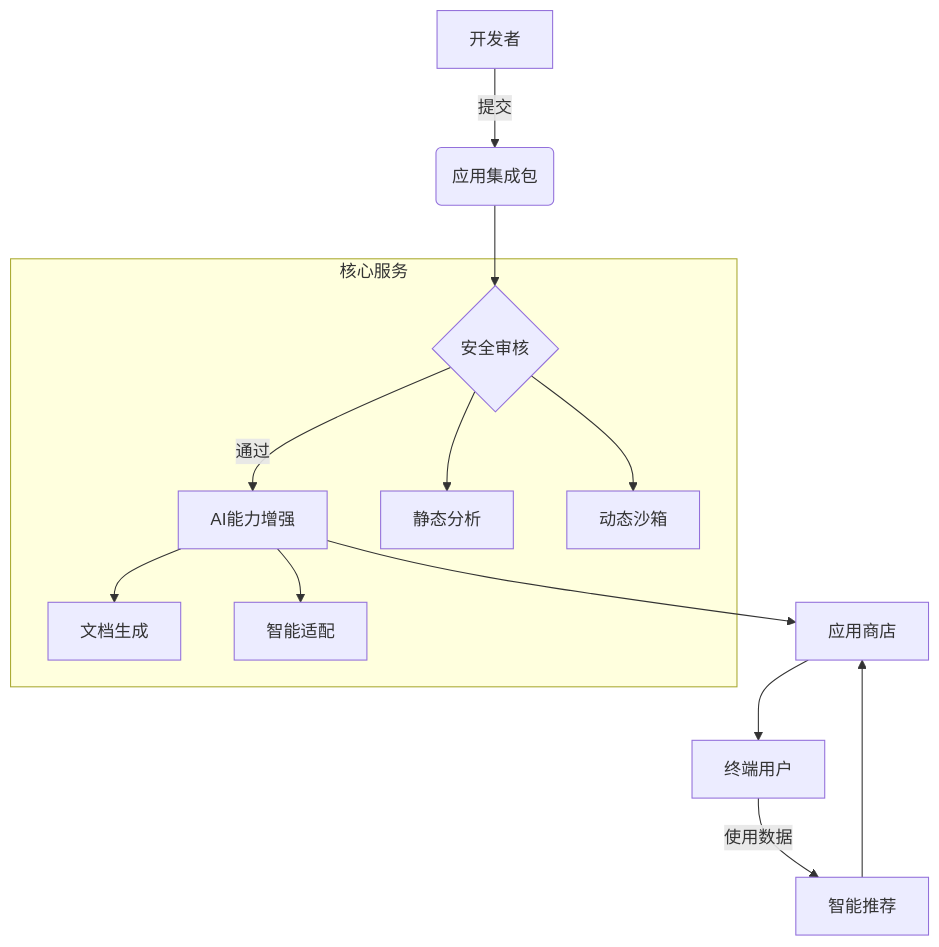
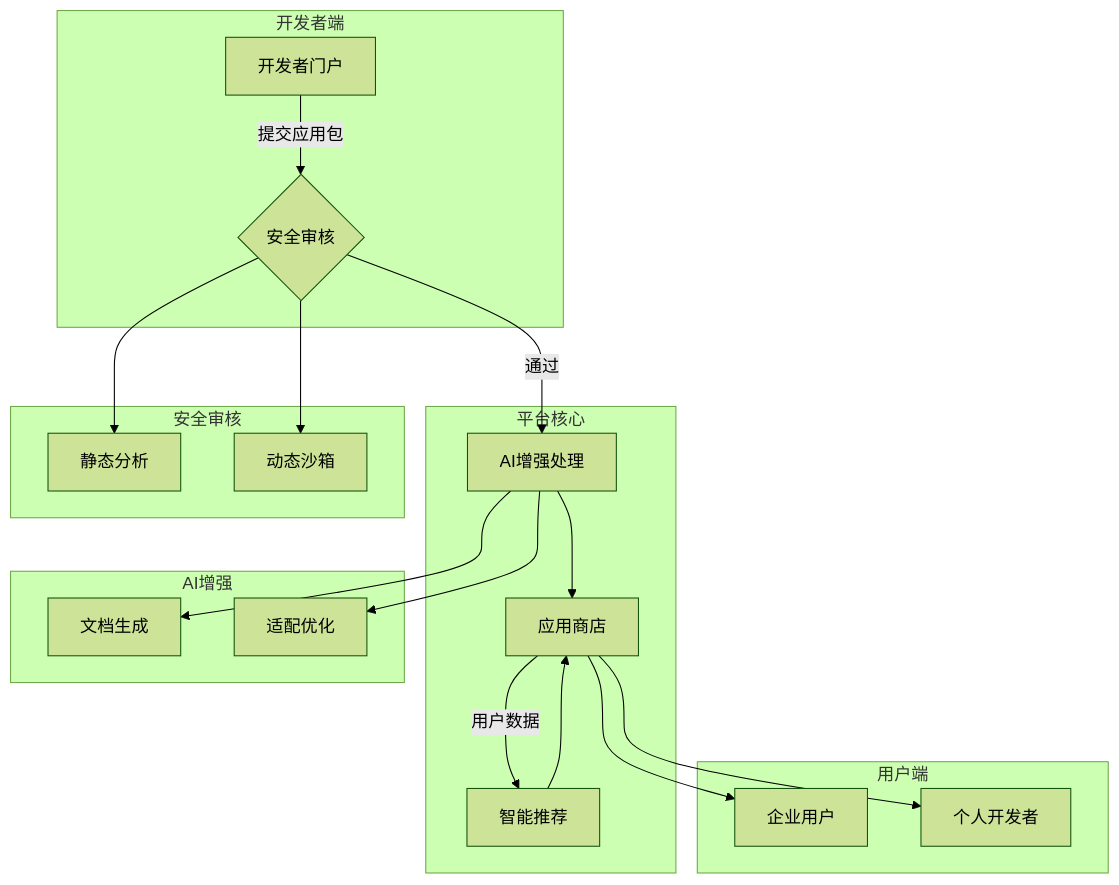
The first of 4 diagrams in README.md (deadpoppy/workgen.github.io), drawn with Mermaid before and after one commit. The commit also changed other lines of this file and 8 other files, not shown here.

First line of the commit message:
feat: Add comprehensive frontend design and Mermaid configuration

````diff
--- a/README.md
+++ b/README.md
@@ -14,17 +19,29 @@
 ```mermaid
-graph TD
-    A[开发者] -->|提交| B(应用集成包)
-    B --> C{安全审核}
-    C -->|通过| D[AI能力增强]
-    D --> E[应用商店]
-    E --> F[终端用户]
-    F -->|使用数据| G[智能推荐]
-    G --> E
+%%{init: {'theme': 'forest', 'themeVariables': { 'primaryColor': '#6366f1'}}}%%
+flowchart TD
+    subgraph 开发者端
+    A[开发者门户] -->|提交应用包| B{安全审核}
+    end
     
-    subgraph 核心服务
-    C --> H[静态分析]
-    C --> I[动态沙箱]
-    D --> J[文档生成]
-    D --> K[智能适配]
+    subgraph 平台核心
+    B -->|通过| C[AI增强处理]
+    C --> D[应用商店]
+    D -->|用户数据| E[智能推荐]
+    E --> D
+    end
+    
+    subgraph 安全审核
+    B --> F[静态分析]
+    B --> G[动态沙箱]
+    end
+    
+    subgraph AI增强
+    C --> H[文档生成]
+    C --> I[适配优化]
+    end
+    
+    subgraph 用户端
+    D --> J[企业用户]
+    D --> K[个人开发者]
     end
 ```
````
